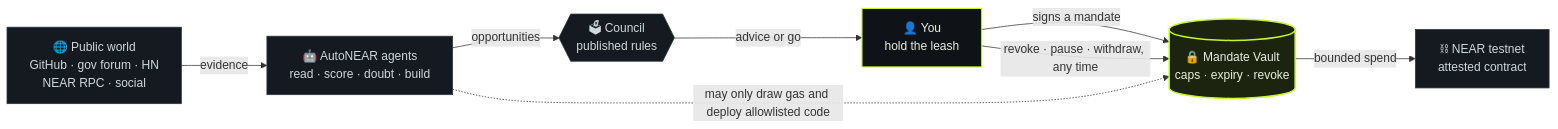
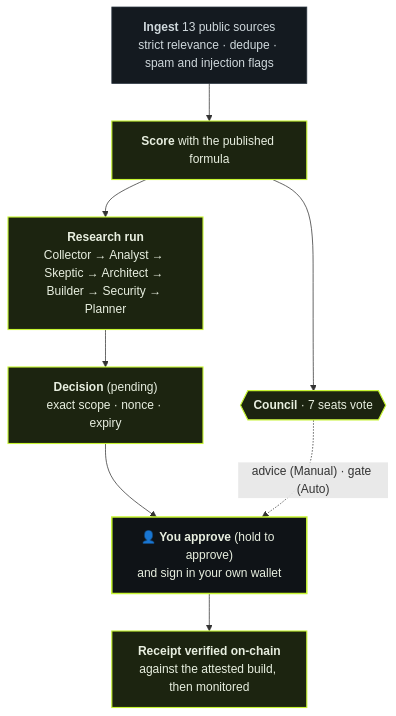
Before and after one commit to johnnyduo/autonear: the first of 3 diagrams in README.md, drawn with Mermaid. The commit also changed other lines of this file and 20 other files, not shown here.

First line of the commit message:
docs: slimmer README with designed banner, pill buttons, stat strip; 3 diagrams, 5 screenshots

````diff
--- a/README.md
+++ b/README.md
@@ -60,20 +77,18 @@
 ```mermaid
-flowchart LR
-    classDef who fill:#0f1317,stroke:#c6f432,color:#e8efe0,stroke-width:1.5px
-    classDef box fill:#141a20,stroke:#2b3640,color:#cfd8dc
-    classDef lock fill:#1c2410,stroke:#c6f432,color:#e8efe0,stroke-width:2px
+flowchart TB
+    classDef n fill:#141a20,stroke:#2b3640,color:#cfd8dc
+    classDef k fill:#1c2410,stroke:#c6f432,color:#e8efe0,stroke-width:1.5px
+    classDef h fill:#0f1317,stroke:#c6f432,color:#e8efe0,stroke-width:2px
 
-    W["🌐 Public world<br/>GitHub · gov forum · HN<br/>NEAR RPC · social"]:::box
-    A["🤖 AutoNEAR agents<br/>read · score · doubt · build"]:::box
-    C{{"🗳 Council<br/>published rules"}}:::box
-    H["👤 You<br/>hold the leash"]:::who
-    V[("🔒 Mandate Vault<br/>caps · expiry · revoke")]:::lock
-    N["⛓ NEAR testnet<br/>attested contract"]:::box
+    I["<b>Ingest</b> 13 public sources<br/>strict relevance · dedupe · spam and injection flags"]:::n
+    SC["<b>Score</b> with the published formula"]:::k
+    R["<b>Research run</b><br/>Collector → Analyst → Skeptic → Architect → Builder → Security → Planner"]:::k
+    D["<b>Decision</b> (pending)<br/>exact scope · nonce · expiry"]:::k
+    C{{"<b>Council</b> · 7 seats vote"}}:::k
+    H["👤 <b>You approve</b> (hold to approve)<br/>and sign in your own wallet"]:::h
+    V["<b>Receipt verified on-chain</b><br/>against the attested build, then monitored"]:::k
 
-    W -->|evidence| A -->|opportunities| C
-    C -->|advice or go| H
-    H -->|signs a mandate| V
-    A -.->|may only draw gas and deploy allowlisted code| V
-    V -->|bounded spend| N
-    H -->|revoke · pause · withdraw, any time| V
+    I --> SC --> R --> D --> H --> V
+    SC --> C
+    C -. "advice (Manual) · gate (Auto)" .-> H
 ```
````
